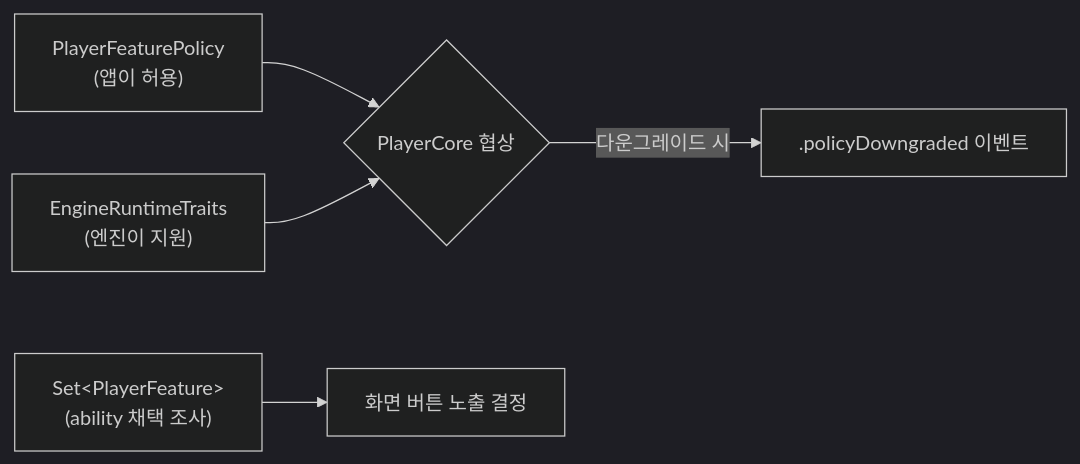
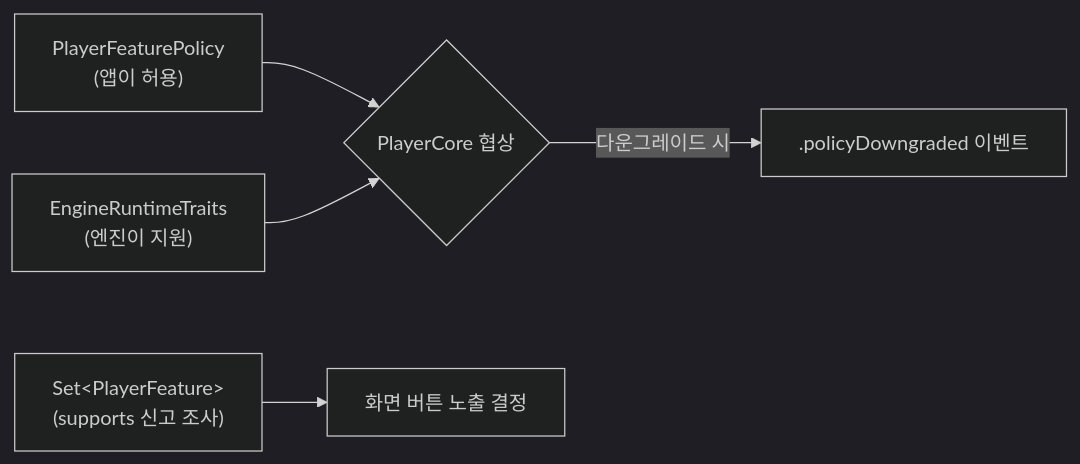
One commit to megastudymobile/ms-videoplayer-ios changed the second of 2 diagrams in docs/HANDOVER/03-domain-types.md. Above: the diagram before and after it, drawn with Mermaid (dark theme). The commit also changed other lines of this file and 33 other files, not shown here.

First line of the commit message:
refactor: 엔진 계약을 ability 캐스팅에서 명령 통과형(handle/supports)으로 재편

````diff
--- a/docs/HANDOVER/03-domain-types.md
+++ b/docs/HANDOVER/03-domain-types.md
@@ -195,7 +195,7 @@
 ```mermaid
 flowchart LR
     Policy["PlayerFeaturePolicy<br/>(앱이 허용)"] --> Nego{PlayerCore 협상}
     Caps["EngineRuntimeTraits<br/>(엔진이 지원)"] --> Nego
-    Avail["Set&lt;PlayerFeature&gt;<br/>(ability 채택 조사)"] --> UI[화면 버튼 노출 결정]
+    Avail["Set&lt;PlayerFeature&gt;<br/>(supports 신고 조사)"] --> UI[화면 버튼 노출 결정]
     Nego -->|다운그레이드 시| Event[".policyDowngraded 이벤트"]
 ```
````
